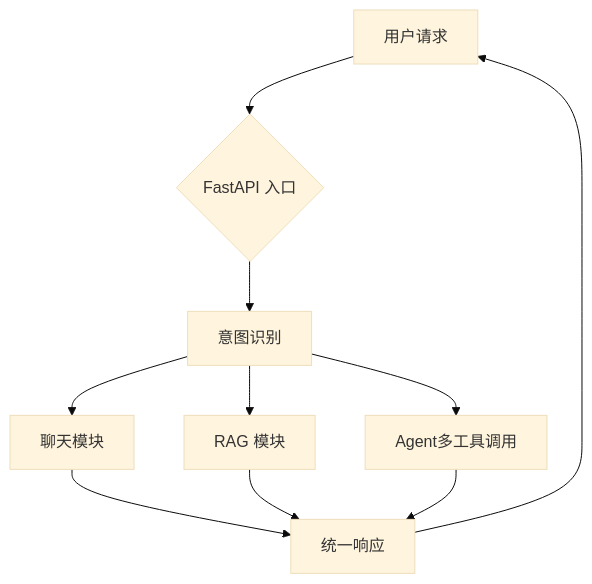
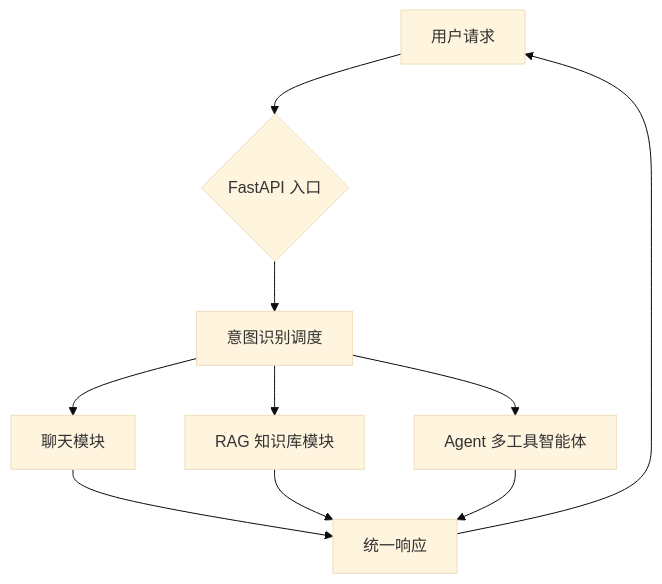
The first of 5 diagrams in README.md (2442511245/Fast-API-IT-Assistant), drawn with Mermaid (base theme) before and after one commit. The commit also changed other lines of this file, not shown here.

````diff
--- a/README.md
+++ b/README.md
@@ -7,12 +16,12 @@
 ```mermaid
 graph TD
     A[用户请求] --> B{FastAPI 入口}
-    B --> C[意图识别]
+    B --> C[意图识别调度]
     C --> D[聊天模块]
-    C --> E[RAG 模块]
-    C --> F[Agent多工具调用]
+    C --> E[RAG 知识库模块]
+    C --> F[Agent 多工具智能体]
     D --> G[统一响应]
     E --> G
     F --> G
     G --> A
- ```
+```
````
